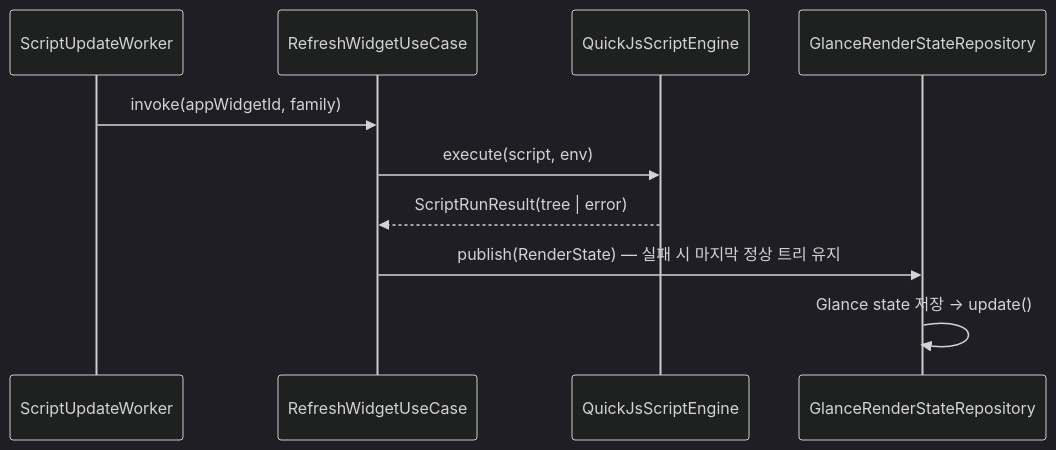
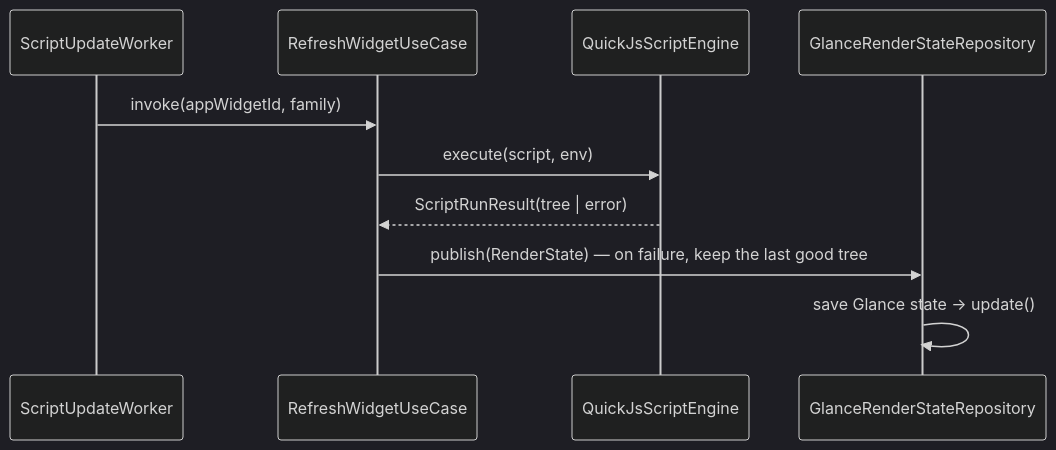
Before and after one commit to b1ink301/ScriptWidget: the second of 2 diagrams in README.md, drawn with Mermaid (dark theme). The commit also changed other lines of this file and 6 other files, not shown here.

````diff
--- a/README.md
+++ b/README.md
@@ -58,12 +60,12 @@
 ```mermaid
 sequenceDiagram
   participant W as ScriptUpdateWorker
   participant U as RefreshWidgetUseCase
   participant E as QuickJsScriptEngine
   participant R as GlanceRenderStateRepository
   W->>U: invoke(appWidgetId, family)
   U->>E: execute(script, env)
   E-->>U: ScriptRunResult(tree | error)
-  U->>R: publish(RenderState) — 실패 시 마지막 정상 트리 유지
-  R->>R: Glance state 저장 → update()
+  U->>R: publish(RenderState) — on failure, keep the last good tree
+  R->>R: save Glance state → update()
 ```
````
